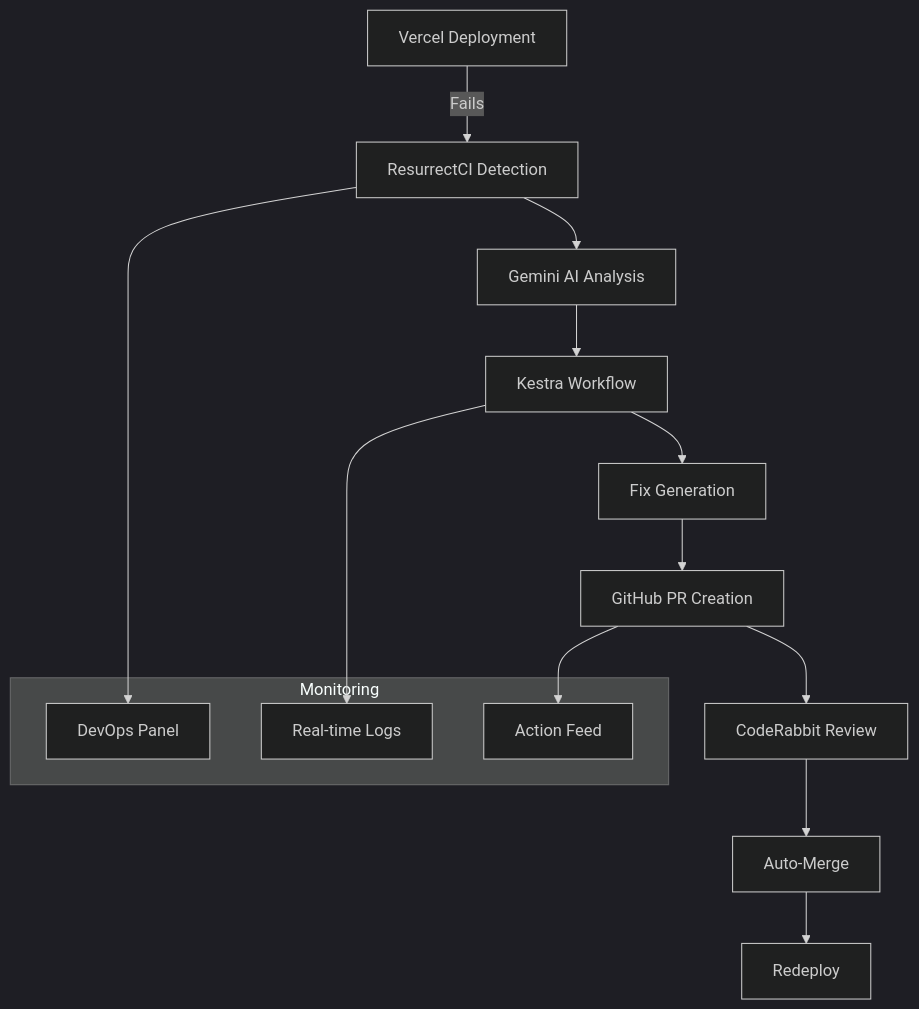
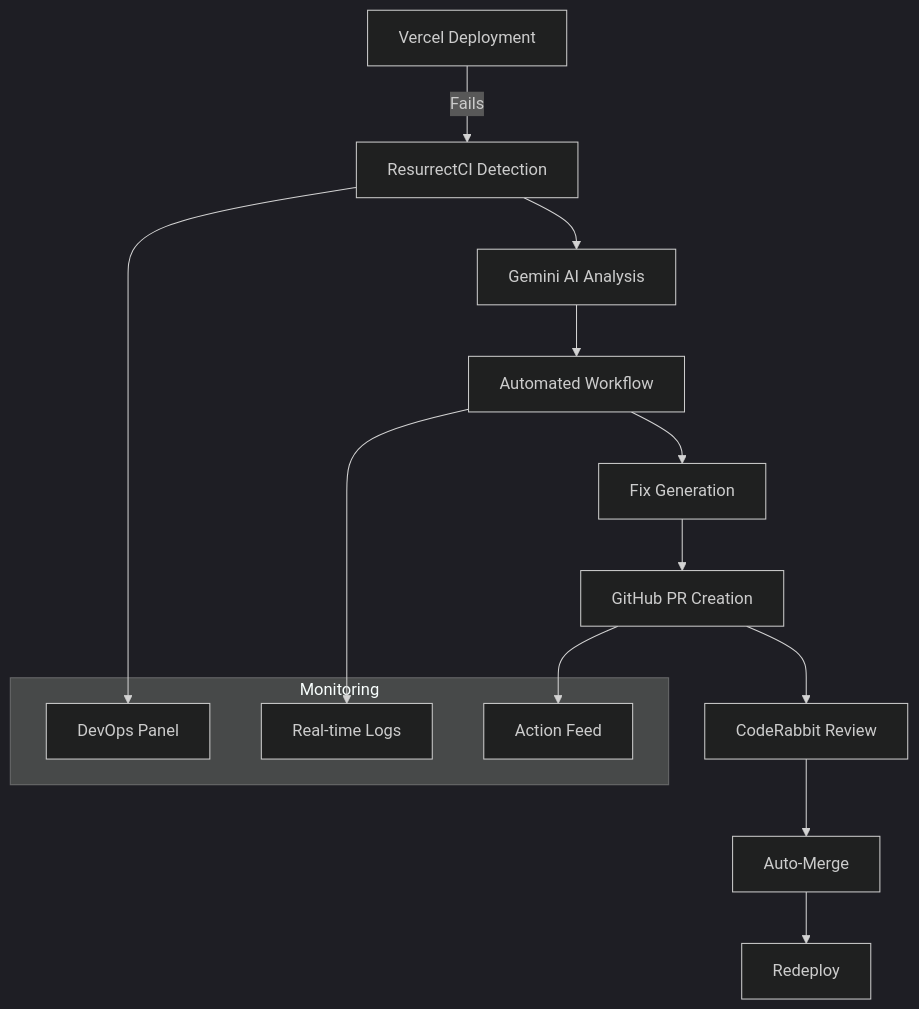
The diagram in README.md (hackerpsyco/resurrect-code), drawn with Mermaid (dark theme) before and after one commit. The commit also changed other lines of this file and 34 other files, not shown here.

````diff
--- a/README.md
+++ b/README.md
@@ -59,21 +58,21 @@
 ```mermaid
 graph TB
     A[Vercel Deployment] -->|Fails| B[ResurrectCI Detection]
     B --> C[Gemini AI Analysis]
-    C --> D[Kestra Workflow]
+    C --> D[Automated Workflow]
     D --> E[Fix Generation]
     E --> F[GitHub PR Creation]
     F --> G[CodeRabbit Review]
     G --> H[Auto-Merge]
     H --> I[Redeploy]
     
     subgraph "Monitoring"
         J[DevOps Panel]
         K[Real-time Logs]
         L[Action Feed]
     end
     
     B --> J
     D --> K
     F --> L
 ```
````
